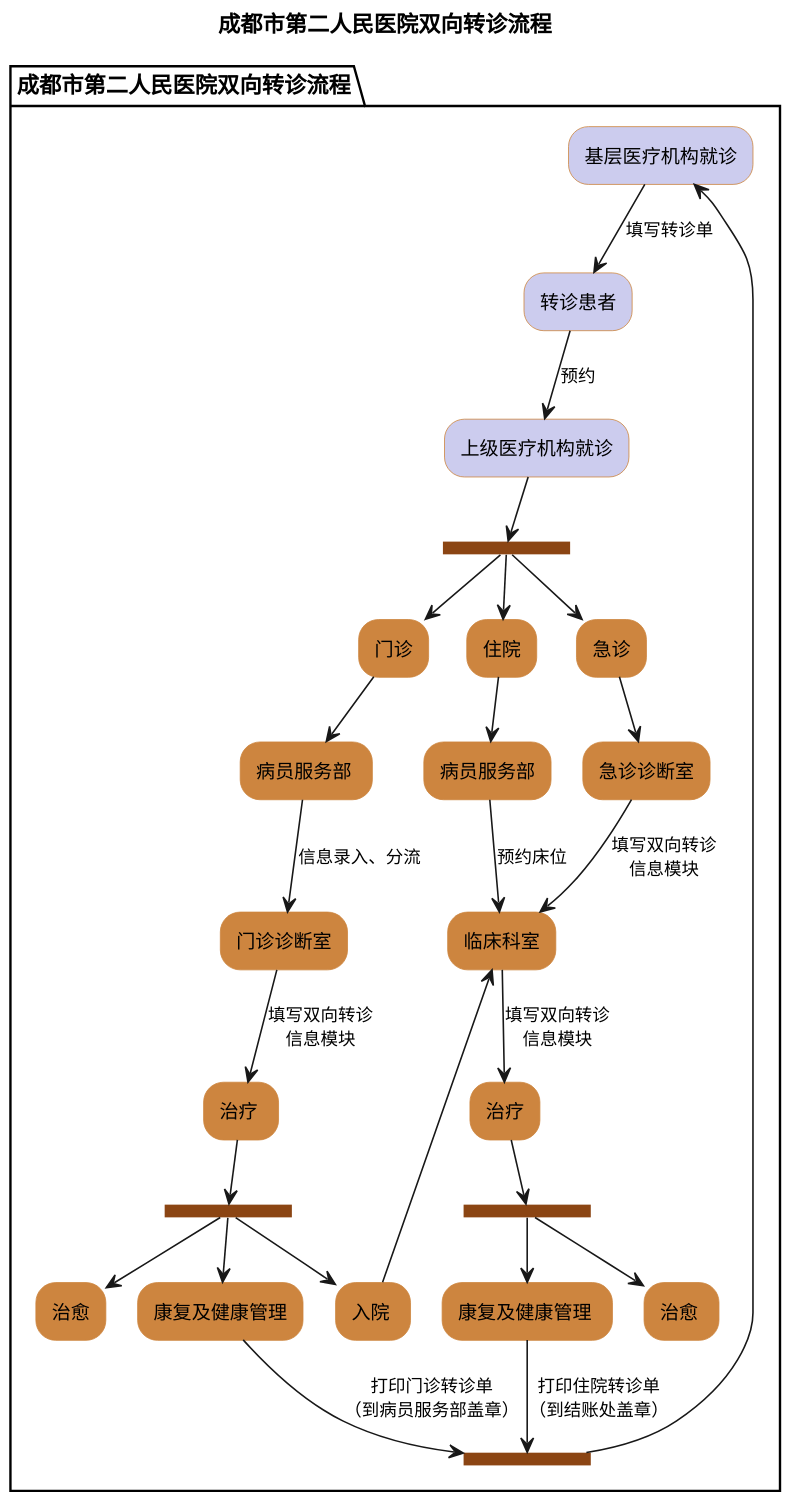
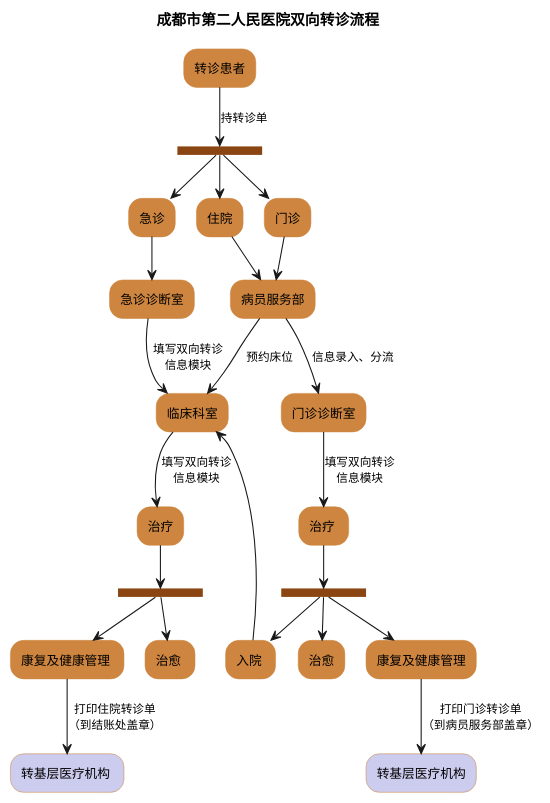
One commit to ylfagh/is_analysis-1 changed the diagram in 双向转诊.puml. Above: the diagram before and after it, drawn with PlantUML. The commit also changed 1 other file, not shown here.

```diff
--- a/双向转诊.puml
+++ b/双向转诊.puml
@@ -1,43 +1,39 @@
 @startuml
 title 成都市第二人民医院双向转诊流程
-scale 1.5
+scale 1
 skinparam activity {
   StartColor red
   BarColor SaddleBrown
   EndColor Silver
   BackgroundColor Peru
   BackgroundColor<< Begin >> Olive
   BorderColor Peru
   FontName 黑体
 }
-partition "成都市第二人民医院双向转诊流程" {
-"基层医疗机构就诊" << Begin >>#CCCCEE -->[填写转诊单] "转诊患者" #CCCCEE
--->[预约] "上级医疗机构就诊" #CCCCEE
--->===B1===
+
+"转诊患者" -->[持转诊单] ===B1===
 --> "急诊"
 --> "急诊诊断室"
 --> [填写双向转诊\n信息模块]临床科室
 ===B1=== --> 住院
 -->"病员服务部"
 -->[预约床位]临床科室
 -->[填写双向转诊\n信息模块]治疗
 -->===D1===
 -down->"治愈 "
 ===D1=== -->"康复及健康管理 "
--->[打印住院转诊单\n（到结账处盖章）]===D2===
+-->[打印住院转诊单\n（到结账处盖章）]"转基层医疗机构 " #CCCCEE
 
 ===B1=== --> 门诊
--->"病员服务部 "
+-->"病员服务部"
 -->[信息录入、分流]门诊诊断室
 -->[填写双向转诊\n信息模块]"治疗 "
     -->===C1===
     -down->治愈
     ===C1===-down->"入院 "
     -left->临床科室
     ===C1=== -down->"康复及健康管理"
-    -->[打印门诊转诊单\n（到病员服务部盖章）]===D2===
-    -up->基层医疗机构就诊
-}
+    -down->[打印门诊转诊单\n（到病员服务部盖章）]转基层医疗机构 #CCCCEE
 
 
 @enduml
```
